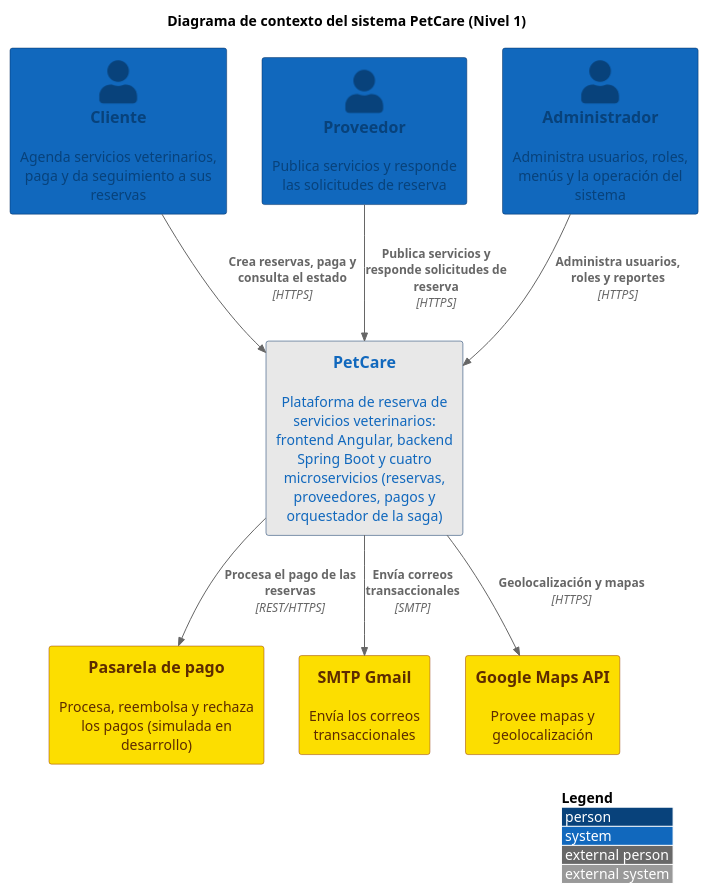
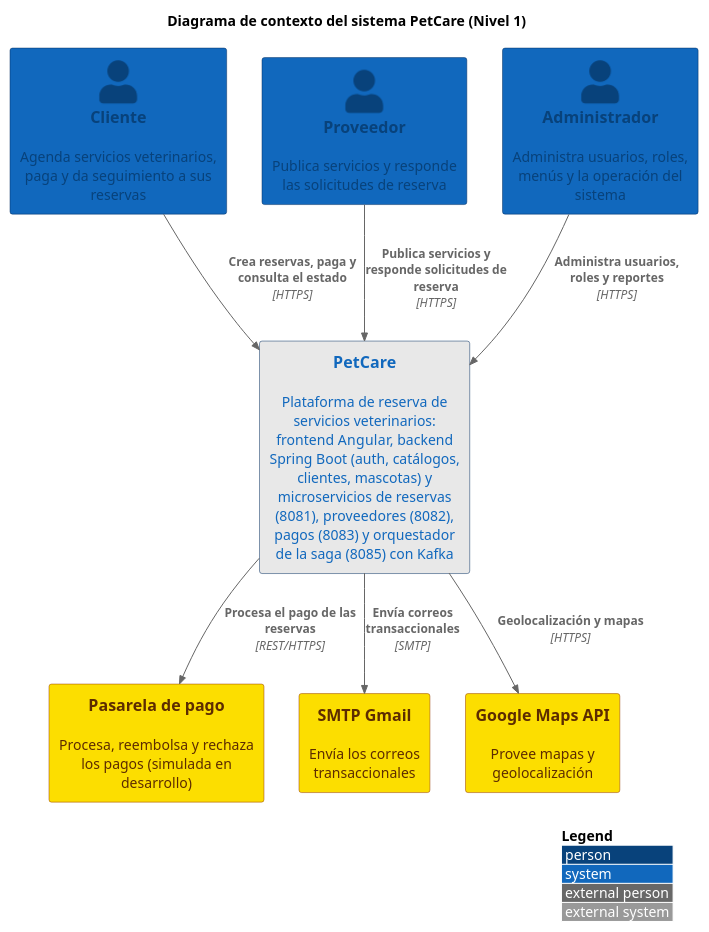
Before and after one commit to rolyjuarez/PetCare: the diagram in diagramas/1-contexto.puml, drawn with PlantUML. The commit also changed 122 other files, not shown here.

```diff
--- a/diagramas/1-contexto.puml
+++ b/diagramas/1-contexto.puml
@@ -1,50 +1,50 @@
 @startuml
 !includeurl https://raw.githubusercontent.com/plantuml-stdlib/C4-PlantUML/master/C4_Context.puml
 
 ' ============================================================================
 ' PETCare - Diagrama de contexto (C4 Nivel 1)
 ' ============================================================================
 
 title Diagrama de contexto del sistema PetCare (Nivel 1)
 
 ' ---------------------------------------------------------------------------
 ' Estilos
 ' ---------------------------------------------------------------------------
 UpdateElementStyle(person, $fontColor="#08427B", $borderColor="#052F61", $bgColor="#1168BD")
 UpdateElementStyle(system, $fontColor="#1168BD", $borderColor="#052F61", $bgColor="#E8E8E8")
 UpdateElementStyle(external_system, $fontColor="#5D2C00", $borderColor="#963B00", $bgColor="#FCDE00")
 
 ' ---------------------------------------------------------------------------
 ' Personas
 ' ---------------------------------------------------------------------------
 Person(cliente, "Cliente", "Agenda servicios veterinarios, paga y da seguimiento a sus reservas")
 Person(proveedor, "Proveedor", "Publica servicios y responde las solicitudes de reserva")
 Person(admin, "Administrador", "Administra usuarios, roles, menús y la operación del sistema")
 
 ' ---------------------------------------------------------------------------
 ' Sistema
 ' ---------------------------------------------------------------------------
-System(petcare, "PetCare", "Plataforma de reserva de servicios veterinarios: frontend Angular, backend Spring Boot y cuatro microservicios (reservas, proveedores, pagos y orquestador de la saga)")
+System(petcare, "PetCare", "Plataforma de reserva de servicios veterinarios: frontend Angular, backend Spring Boot (auth, catálogos, clientes, mascotas) y microservicios de reservas (8081), proveedores (8082), pagos (8083) y orquestador de la saga (8085) con Kafka")
 
 ' ---------------------------------------------------------------------------
 ' Sistemas externos
 ' ---------------------------------------------------------------------------
 System_Ext(pasarela, "Pasarela de pago", "Procesa, reembolsa y rechaza los pagos (simulada en desarrollo)")
 System_Ext(smtp, "SMTP Gmail", "Envía los correos transaccionales")
 System_Ext(maps, "Google Maps API", "Provee mapas y geolocalización")
 
 
 ' ---------------------------------------------------------------------------
 ' Relaciones
 ' ---------------------------------------------------------------------------
 Rel(cliente, petcare, "Crea reservas, paga y consulta el estado", "HTTPS")
 Rel(proveedor, petcare, "Publica servicios y responde solicitudes de reserva", "HTTPS")
 Rel(admin, petcare, "Administra usuarios, roles y reportes", "HTTPS")
 
 Rel(petcare, pasarela, "Procesa el pago de las reservas", "REST/HTTPS")
 Rel(petcare, smtp, "Envía correos transaccionales", "SMTP")
 Rel(petcare, maps, "Geolocalización y mapas", "HTTPS")
 
 LAYOUT_WITH_LEGEND()
 
 @enduml
```
